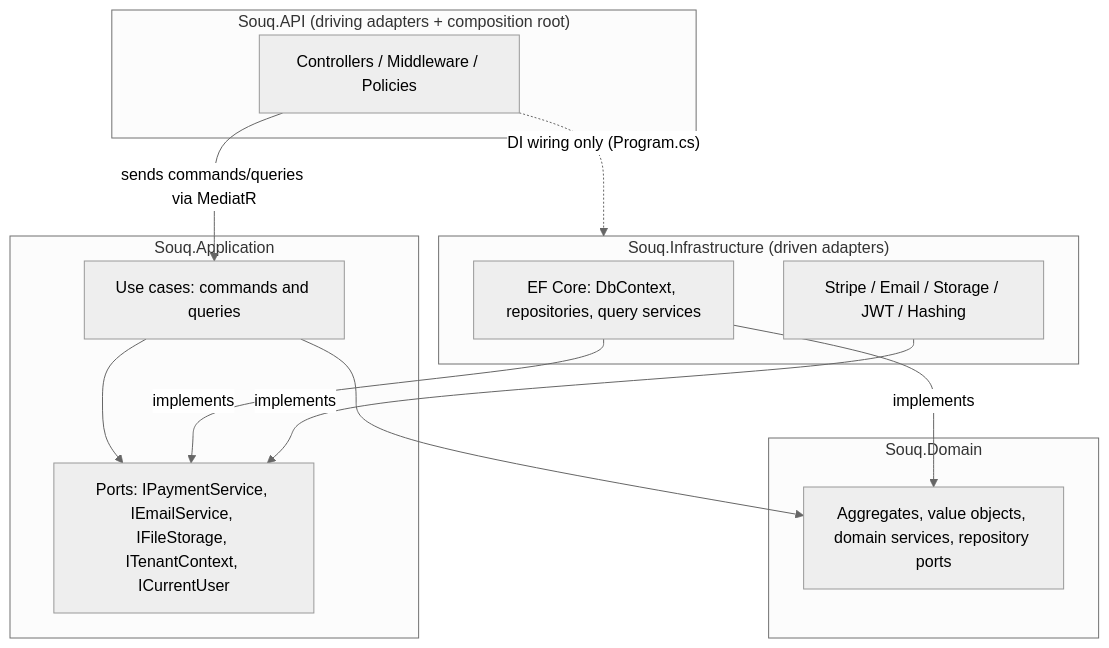
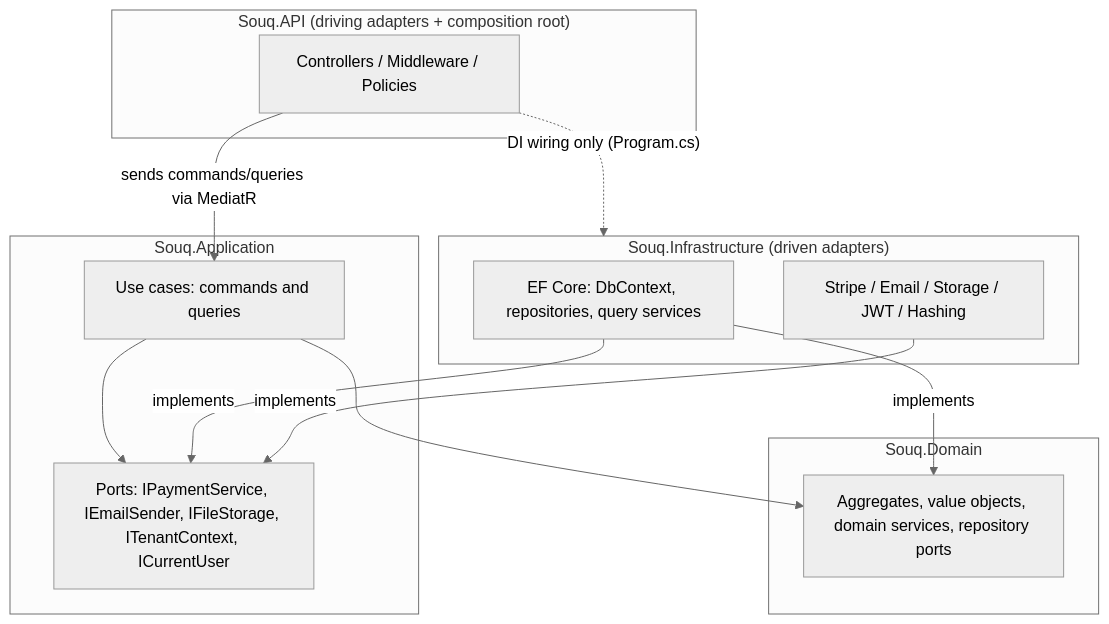
Before and after one commit to Aws03/Souq: the diagram in docs/02-ARCHITECTURE/Architecture.md, drawn with Mermaid (neutral theme). The commit also changed other lines of this file and 10 other files, not shown here.

First line of the commit message:
docs(architecture): boundaries, dependency rules, events, CQRS, DDD and non-goals

````diff
--- a/docs/02-ARCHITECTURE/Architecture.md
+++ b/docs/02-ARCHITECTURE/Architecture.md
@@ -85,24 +85,24 @@
 ```mermaid
 flowchart TB
     subgraph API["Souq.API (driving adapters + composition root)"]
         C["Controllers / Middleware / Policies"]
     end
     subgraph INF["Souq.Infrastructure (driven adapters)"]
         EF["EF Core: DbContext, repositories, query services"]
         EXT["Stripe / Email / Storage / JWT / Hashing"]
     end
     subgraph APP["Souq.Application"]
         UC["Use cases: commands and queries"]
-        PORTS["Ports: IPaymentService, IEmailService, IFileStorage, ITenantContext, ICurrentUser"]
+        PORTS["Ports: IPaymentService, IEmailSender, IFileStorage, ITenantContext, ICurrentUser"]
     end
     subgraph DOM["Souq.Domain"]
         M["Aggregates, value objects, domain services, repository ports"]
     end
     C -->|"sends commands/queries via MediatR"| UC
     C -.->|"DI wiring only (Program.cs)"| INF
     UC --> M
     UC --> PORTS
     EF -->|implements| M
     EF -->|implements| PORTS
     EXT -->|implements| PORTS
 ```
````
